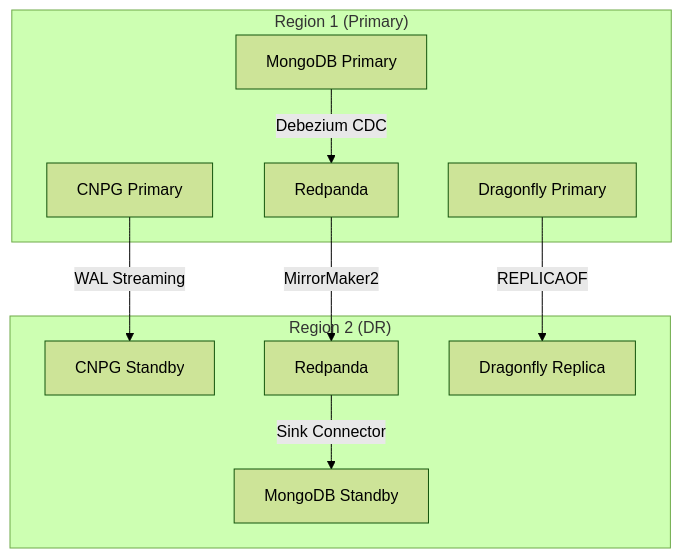
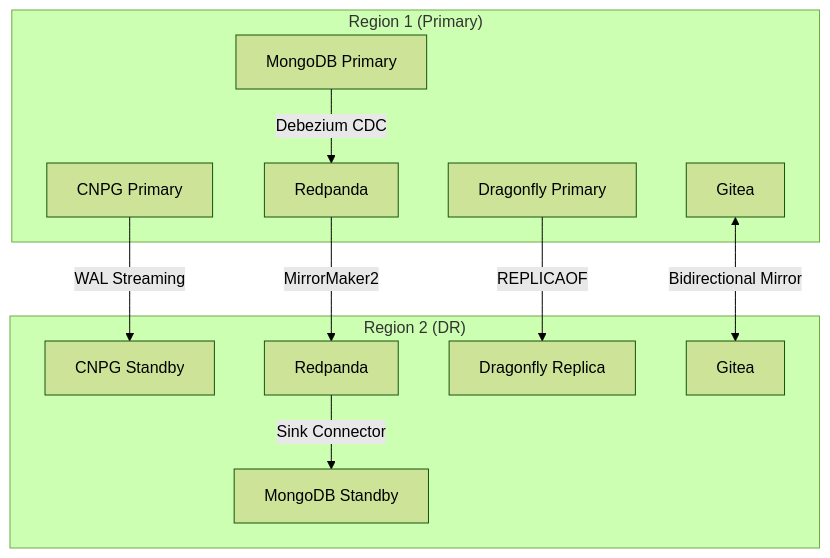
The third of 3 diagrams in docs/specs/SPEC-PLATFORM-TECH-STACK.md (openova-io/handbook), drawn with Mermaid (forest theme) before and after one commit. The commit also changed other lines of this file and 19 other files, not shown here.

First line of the commit message:
docs: update architecture for Cilium Service Mesh and Gitea

````diff
--- a/docs/specs/SPEC-PLATFORM-TECH-STACK.md
+++ b/docs/specs/SPEC-PLATFORM-TECH-STACK.md
@@ -233,22 +228,25 @@
 ```mermaid
 flowchart TB
     subgraph Region1["Region 1 (Primary)"]
         PG1[CNPG Primary]
         MG1[MongoDB Primary]
         RP1[Redpanda]
         DF1[Dragonfly Primary]
+        GT1[Gitea]
     end
 
     subgraph Region2["Region 2 (DR)"]
         PG2[CNPG Standby]
         MG2[MongoDB Standby]
         RP2[Redpanda]
         DF2[Dragonfly Replica]
+        GT2[Gitea]
     end
 
     PG1 -->|"WAL Streaming"| PG2
     MG1 -->|"Debezium CDC"| RP1
     RP1 -->|"MirrorMaker2"| RP2
     RP2 -->|"Sink Connector"| MG2
     DF1 -->|"REPLICAOF"| DF2
+    GT1 <-->|"Bidirectional Mirror"| GT2
 ```
````
